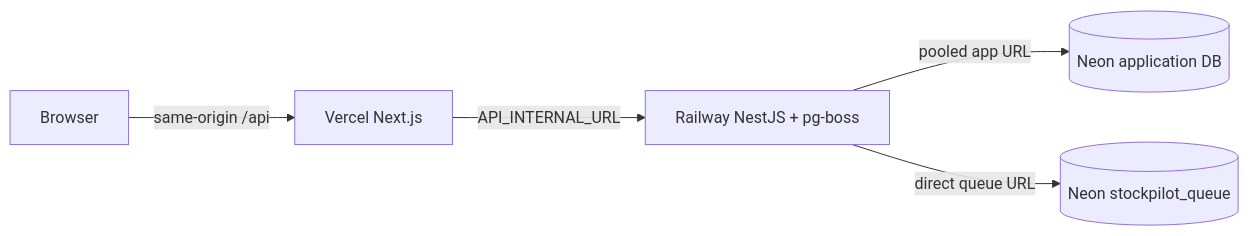
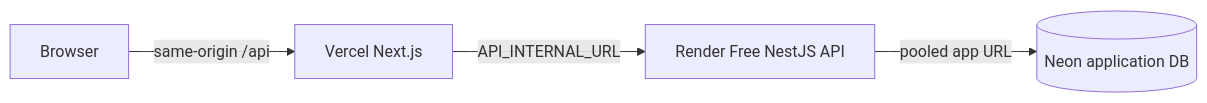
The diagram in README.md (longhang2004/StockPilot), drawn with Mermaid before and after one commit. The commit also changed other lines of this file and 10 other files, not shown here.

Commit message:
feat(deploy): use free Render demo profile

````diff
--- a/README.md
+++ b/README.md
@@ -33,7 +34,6 @@
 ```mermaid
 flowchart LR
   Browser[Browser] -->|same-origin /api| Vercel[Vercel Next.js]
-  Vercel -->|API_INTERNAL_URL| Railway[Railway NestJS + pg-boss]
-  Railway -->|pooled app URL| Neon[(Neon application DB)]
-  Railway -->|direct queue URL| Queue[(Neon stockpilot_queue)]
+  Vercel -->|API_INTERNAL_URL| Render[Render Free NestJS API]
+  Render -->|pooled app URL| Neon[(Neon application DB)]
 ```
````
